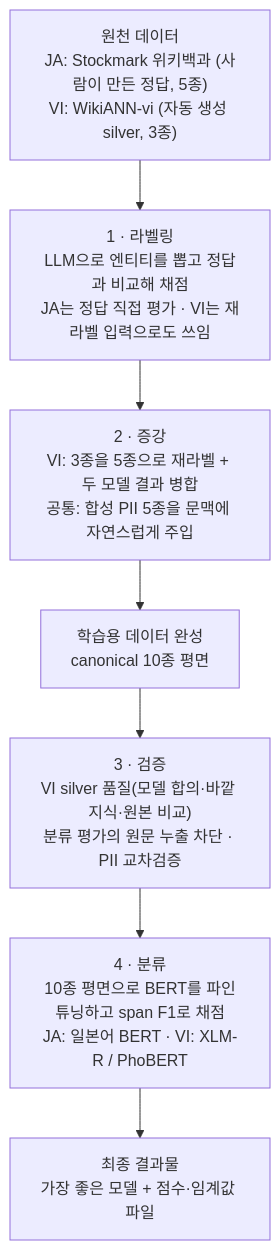
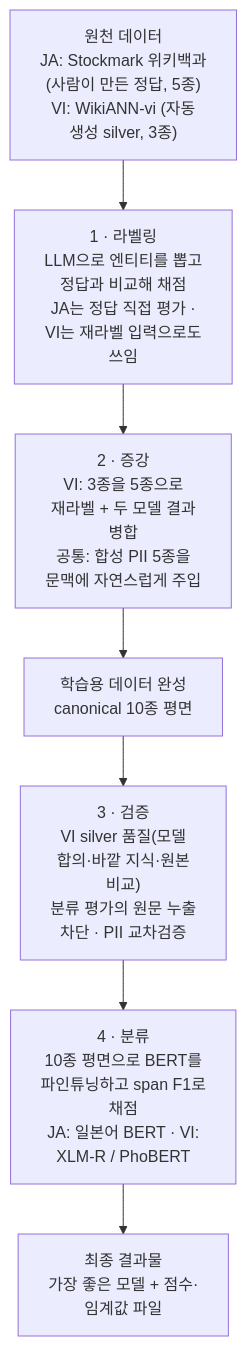
One commit to groovallstar/ner-pipeline-public changed the second of 2 diagrams in docs/manual/pipeline/README.md. Above: the diagram before and after it, drawn with Mermaid. The commit also changed 7 other files, not shown here.

First line of the commit message:
docs: mermaid CJK 세로 잘림 해소 — 긴 라벨 줄바꿈

````diff
--- a/docs/manual/pipeline/README.md
+++ b/docs/manual/pipeline/README.md
@@ -23,10 +23,10 @@
 ```mermaid
 flowchart TD
-    SRC["원천 데이터<br/>JA: Stockmark 위키백과 (사람이 만든 정답, 5종)<br/>VI: WikiANN-vi (자동 생성 silver, 3종)"]
-    SRC --> S1["1 · 라벨링<br/>LLM으로 엔티티를 뽑고 정답과 비교해 채점<br/>JA는 정답 직접 평가 · VI는 재라벨 입력으로도 쓰임"]
-    S1 --> S2["2 · 증강<br/>VI: 3종을 5종으로 재라벨 + 두 모델 결과 병합<br/>공통: 합성 PII 5종을 문맥에 자연스럽게 주입"]
+    SRC["원천 데이터<br/>JA: Stockmark 위키백과<br/>(사람이 만든 정답, 5종)<br/>VI: WikiANN-vi (자동<br/>생성 silver, 3종)"]
+    SRC --> S1["1 · 라벨링<br/>LLM으로 엔티티를 뽑고<br/>정답과 비교해 채점<br/>JA는 정답 직접 평가 ·<br/>VI는 재라벨 입력으로도<br/>쓰임"]
+    S1 --> S2["2 · 증강<br/>VI: 3종을 5종으로<br/>재라벨 + 두 모델 결과<br/>병합<br/>공통: 합성 PII 5종을<br/>문맥에 자연스럽게 주입"]
     S2 --> DATA["학습용 데이터 완성<br/>canonical 10종 평면"]
-    DATA --> S3["3 · 검증<br/>VI silver 품질(모델 합의·바깥 지식·원본 비교)<br/>분류 평가의 원문 누출 차단 · PII 교차검증"]
-    S3 --> S4["4 · 분류<br/>10종 평면으로 BERT를 파인튜닝하고 span F1로 채점<br/>JA: 일본어 BERT · VI: XLM-R / PhoBERT"]
-    S4 --> OUT["최종 결과물<br/>가장 좋은 모델 + 점수·임계값 파일"]
+    DATA --> S3["3 · 검증<br/>VI silver 품질(모델<br/>합의·바깥 지식·원본<br/>비교)<br/>분류 평가의 원문 누출<br/>차단 · PII 교차검증"]
+    S3 --> S4["4 · 분류<br/>10종 평면으로 BERT를<br/>파인튜닝하고 span F1로<br/>채점<br/>JA: 일본어 BERT · VI:<br/>XLM-R / PhoBERT"]
+    S4 --> OUT["최종 결과물<br/>가장 좋은 모델 + 점수·<br/>임계값 파일"]
 ```
````
